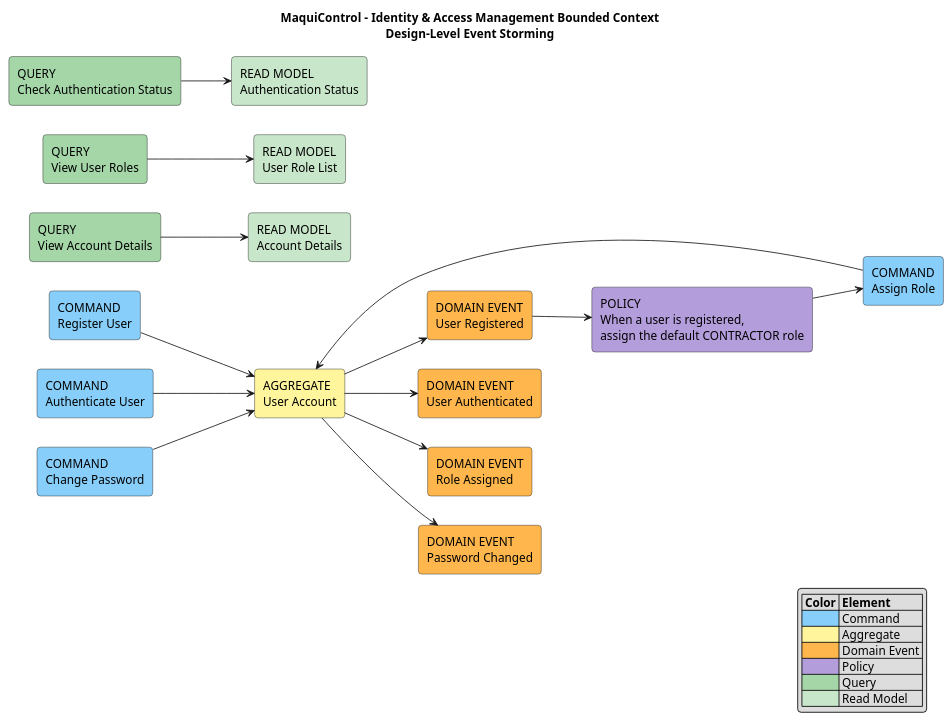
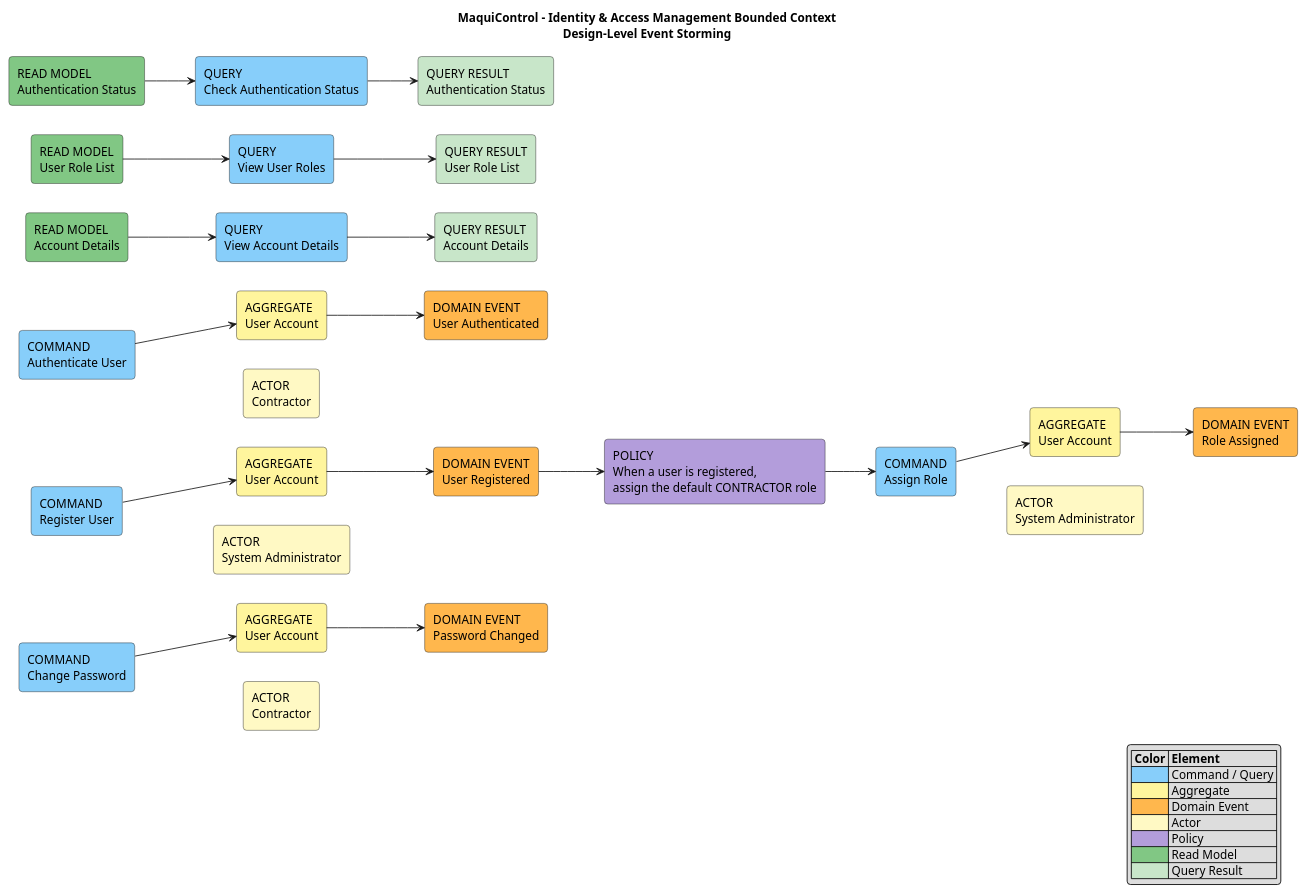
One commit to AndesHeavyTech/MaquiControl changed the diagram in docs/architecture/event-storming/identity-access-management-design-level.puml. Above: the diagram before and after it, drawn with PlantUML. The commit also changed 13 other files, not shown here.

```diff
--- a/docs/architecture/event-storming/identity-access-management-design-level.puml
+++ b/docs/architecture/event-storming/identity-access-management-design-level.puml
@@ -1,73 +1,90 @@
 @startuml
 title MaquiControl - Identity & Access Management Bounded Context\nDesign-Level Event Storming
 
 left to right direction
 skinparam shadowing false
 skinparam roundcorner 8
 skinparam defaultFontName Arial
 
 ' =========================
 ' Styles
 ' =========================
 
 rectangle "COMMAND\nRegister User" as CMD_REGISTER #87CEFA
+rectangle "AGGREGATE\nUser Account" as AGG_REGISTER #FFF59D
+rectangle "ACTOR\nSystem Administrator" as ACT_REGISTER #FFF9C4
 rectangle "COMMAND\nAuthenticate User" as CMD_AUTHENTICATE #87CEFA
+rectangle "AGGREGATE\nUser Account" as AGG_AUTHENTICATE #FFF59D
+rectangle "ACTOR\nContractor" as ACT_AUTHENTICATE #FFF9C4
 rectangle "COMMAND\nAssign Role" as CMD_ASSIGN_ROLE #87CEFA
+rectangle "AGGREGATE\nUser Account" as AGG_ASSIGN_ROLE #FFF59D
+rectangle "ACTOR\nSystem Administrator" as ACT_ASSIGN_ROLE #FFF9C4
 rectangle "COMMAND\nChange Password" as CMD_CHANGE_PASSWORD #87CEFA
-
-rectangle "AGGREGATE\nUser Account" as AGG_ACCOUNT #FFF59D
+rectangle "AGGREGATE\nUser Account" as AGG_CHANGE_PASSWORD #FFF59D
+rectangle "ACTOR\nContractor" as ACT_CHANGE_PASSWORD #FFF9C4
 
 rectangle "DOMAIN EVENT\nUser Registered" as EVT_REGISTERED #FFB74D
 rectangle "DOMAIN EVENT\nUser Authenticated" as EVT_AUTHENTICATED #FFB74D
 rectangle "DOMAIN EVENT\nRole Assigned" as EVT_ROLE_ASSIGNED #FFB74D
 rectangle "DOMAIN EVENT\nPassword Changed" as EVT_PASSWORD_CHANGED #FFB74D
 
 rectangle "POLICY\nWhen a user is registered,\nassign the default CONTRACTOR role" as POL_DEFAULT_ROLE #B39DDB
 
-rectangle "QUERY\nView Account Details" as QUERY_ACCOUNT #A5D6A7
-rectangle "READ MODEL\nAccount Details" as READ_ACCOUNT #C8E6C9
+rectangle "READ MODEL\nAccount Details" as READ_ACCOUNT #81C784
+rectangle "QUERY\nView Account Details" as QUERY_ACCOUNT #87CEFA
+rectangle "QUERY RESULT\nAccount Details" as RESULT_ACCOUNT #C8E6C9
 
-rectangle "QUERY\nView User Roles" as QUERY_ROLES #A5D6A7
-rectangle "READ MODEL\nUser Role List" as READ_ROLES #C8E6C9
+rectangle "READ MODEL\nUser Role List" as READ_ROLES #81C784
+rectangle "QUERY\nView User Roles" as QUERY_ROLES #87CEFA
+rectangle "QUERY RESULT\nUser Role List" as RESULT_ROLES #C8E6C9
 
-rectangle "QUERY\nCheck Authentication Status" as QUERY_AUTH_STATUS #A5D6A7
-rectangle "READ MODEL\nAuthentication Status" as READ_AUTH_STATUS #C8E6C9
+rectangle "READ MODEL\nAuthentication Status" as READ_AUTH_STATUS #81C784
+rectangle "QUERY\nCheck Authentication Status" as QUERY_AUTH_STATUS #87CEFA
+rectangle "QUERY RESULT\nAuthentication Status" as RESULT_AUTH_STATUS #C8E6C9
 
 ' =========================
 ' Commands -> Aggregate -> Events
 ' =========================
 
-CMD_REGISTER --> AGG_ACCOUNT
-AGG_ACCOUNT --> EVT_REGISTERED
+CMD_REGISTER --> AGG_REGISTER
+AGG_REGISTER --> EVT_REGISTERED
+ACT_REGISTER -[hidden]up-> CMD_REGISTER
 
-CMD_AUTHENTICATE --> AGG_ACCOUNT
-AGG_ACCOUNT --> EVT_AUTHENTICATED
+CMD_AUTHENTICATE --> AGG_AUTHENTICATE
+AGG_AUTHENTICATE --> EVT_AUTHENTICATED
+ACT_AUTHENTICATE -[hidden]up-> CMD_AUTHENTICATE
 
-CMD_ASSIGN_ROLE --> AGG_ACCOUNT
-AGG_ACCOUNT --> EVT_ROLE_ASSIGNED
+CMD_ASSIGN_ROLE --> AGG_ASSIGN_ROLE
+AGG_ASSIGN_ROLE --> EVT_ROLE_ASSIGNED
+ACT_ASSIGN_ROLE -[hidden]up-> CMD_ASSIGN_ROLE
 
-CMD_CHANGE_PASSWORD --> AGG_ACCOUNT
-AGG_ACCOUNT --> EVT_PASSWORD_CHANGED
+CMD_CHANGE_PASSWORD --> AGG_CHANGE_PASSWORD
+AGG_CHANGE_PASSWORD --> EVT_PASSWORD_CHANGED
+ACT_CHANGE_PASSWORD -[hidden]up-> CMD_CHANGE_PASSWORD
 
 EVT_REGISTERED --> POL_DEFAULT_ROLE
 POL_DEFAULT_ROLE --> CMD_ASSIGN_ROLE
 
 ' =========================
 ' Queries -> Read Models
 ' =========================
 
-QUERY_ACCOUNT --> READ_ACCOUNT
-QUERY_ROLES --> READ_ROLES
-QUERY_AUTH_STATUS --> READ_AUTH_STATUS
+READ_ACCOUNT --> QUERY_ACCOUNT
+QUERY_ACCOUNT --> RESULT_ACCOUNT
+READ_ROLES --> QUERY_ROLES
+QUERY_ROLES --> RESULT_ROLES
+READ_AUTH_STATUS --> QUERY_AUTH_STATUS
+QUERY_AUTH_STATUS --> RESULT_AUTH_STATUS
 
 legend right
 |= Color |= Element |
-|<#87CEFA>| Command |
+|<#87CEFA>| Command / Query |
 |<#FFF59D>| Aggregate |
 |<#FFB74D>| Domain Event |
+|<#FFF9C4>| Actor |
 |<#B39DDB>| Policy |
-|<#A5D6A7>| Query |
-|<#C8E6C9>| Read Model |
+|<#81C784>| Read Model |
+|<#C8E6C9>| Query Result |
 endlegend
 
 @enduml
```
